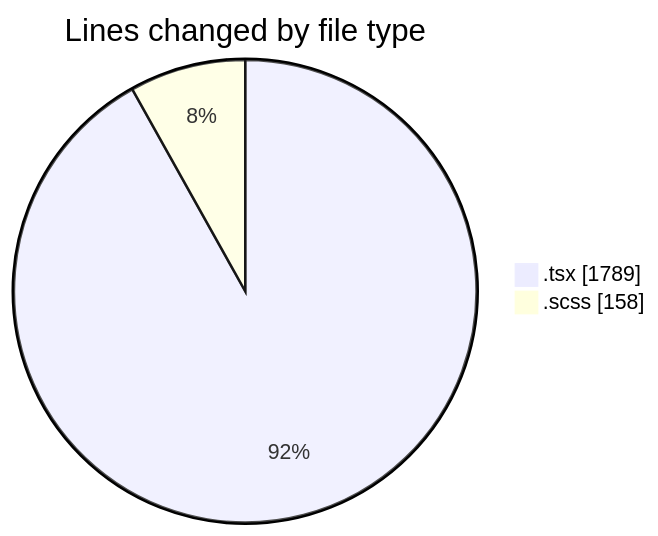
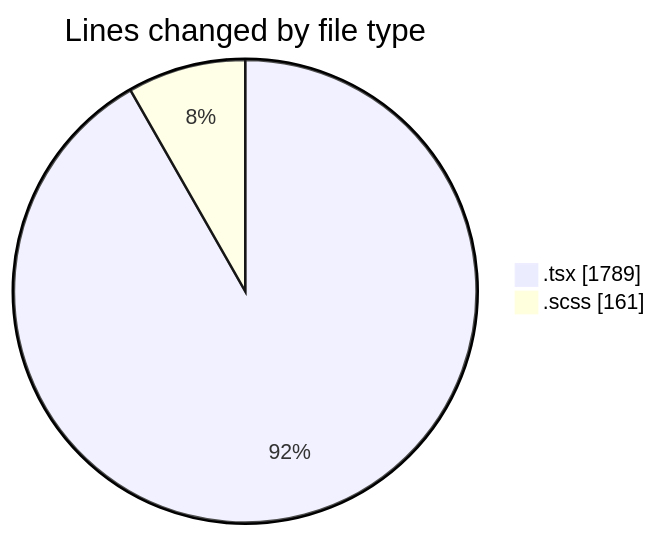
Before and after one commit to momahboobian/code-tracking: the first of 2 diagrams in 2025-04-07/cda/README.md, drawn with Mermaid. The commit also changed other lines of this file and 1 other file, not shown here.

````diff
--- a/2025-04-07/cda/README.md
+++ b/2025-04-07/cda/README.md
@@ -26,6 +26,6 @@
 ```mermaid
 pie showData
 title Lines changed by file type
 ".tsx" : 1789
-".scss" : 158
+".scss" : 161
 ```
````
